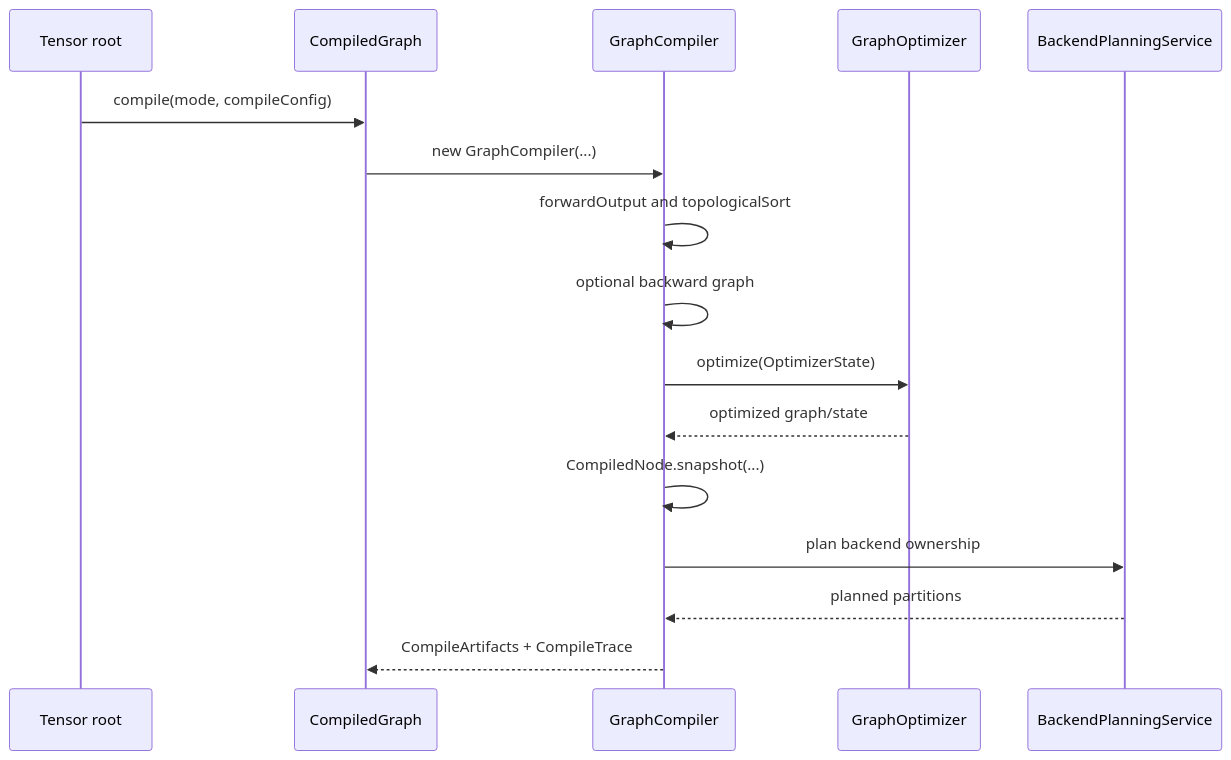
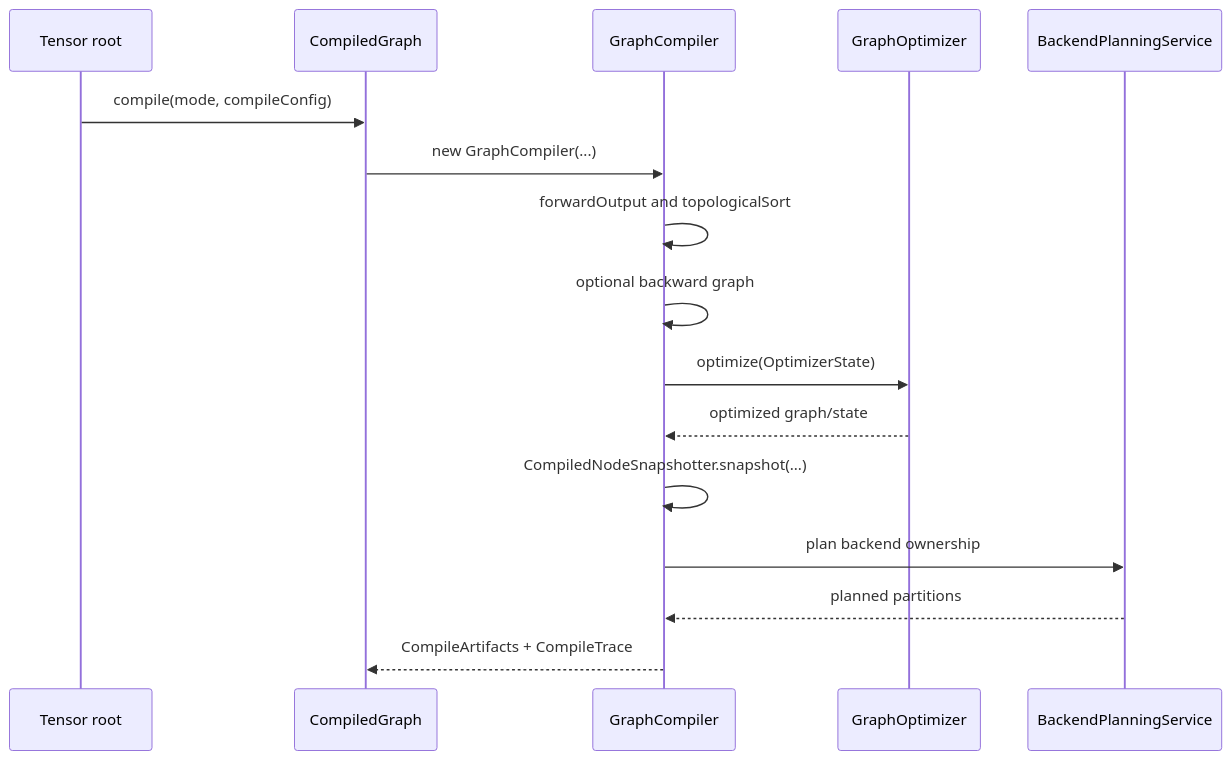
The second of 6 diagrams in docs/architecture.md (pho001/Synaptik), drawn with Mermaid before and after one commit. The commit also changed 301 other files, not shown here.

Commit message:
refactor: isolate compiled graph model dependencies

````diff
--- a/docs/architecture.md
+++ b/docs/architecture.md
@@ -122,19 +122,19 @@
 ```mermaid
 sequenceDiagram
     participant T as Tensor root
     participant CG as CompiledGraph
     participant GC as GraphCompiler
     participant O as GraphOptimizer
     participant BP as BackendPlanningService
 
     T->>CG: compile(mode, compileConfig)
     CG->>GC: new GraphCompiler(...)
     GC->>GC: forwardOutput and topologicalSort
     GC->>GC: optional backward graph
     GC->>O: optimize(OptimizerState)
     O-->>GC: optimized graph/state
-    GC->>GC: CompiledNode.snapshot(...)
+    GC->>GC: CompiledNodeSnapshotter.snapshot(...)
     GC->>BP: plan backend ownership
     BP-->>GC: planned partitions
     GC-->>CG: CompileArtifacts + CompileTrace
 ```
````
